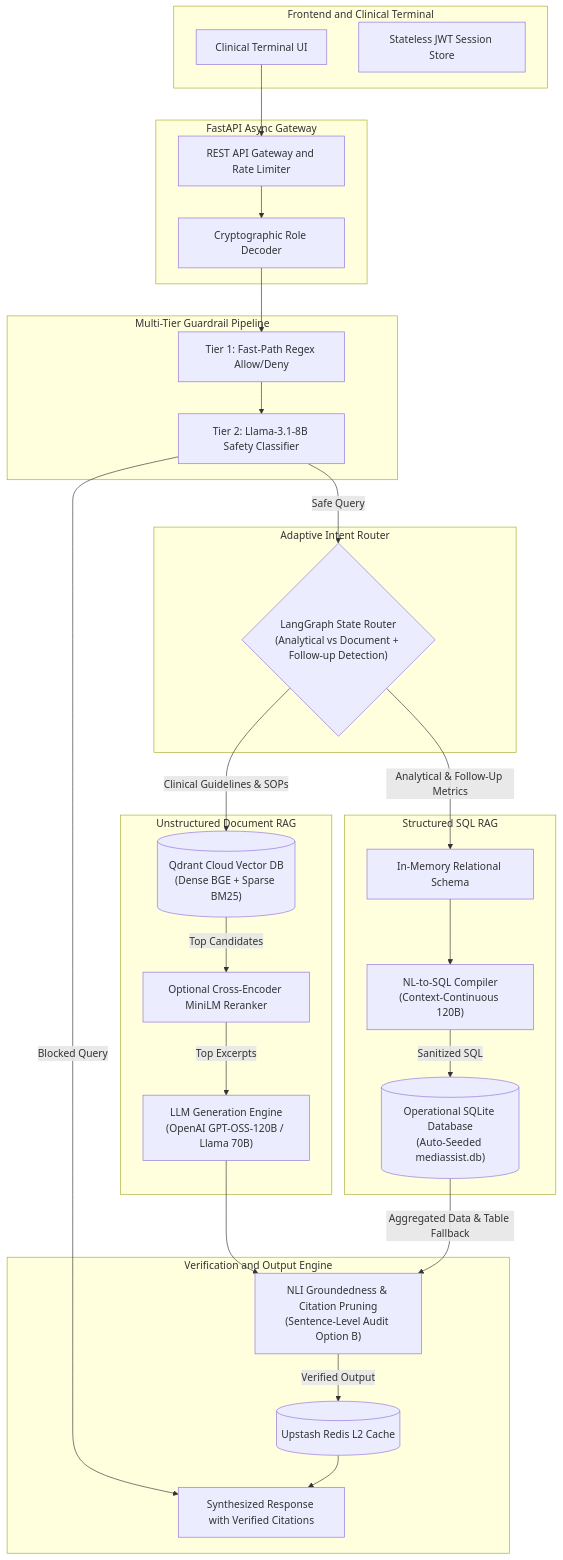
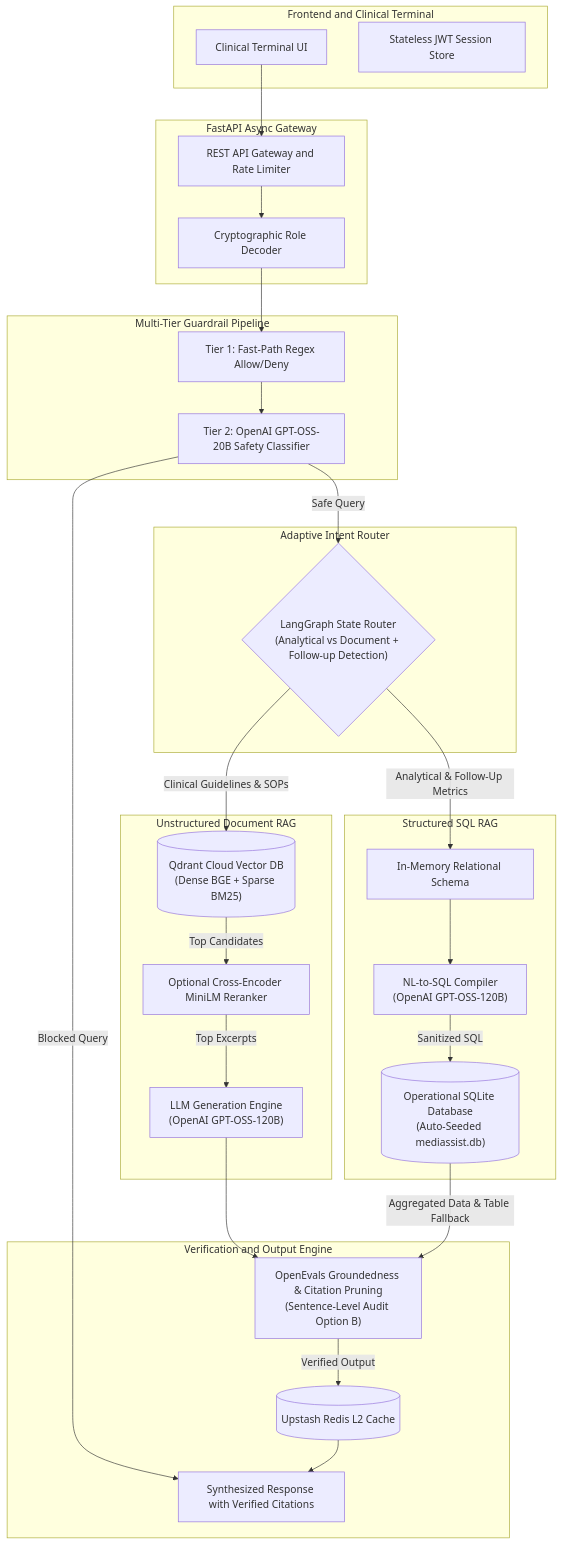
The first of 7 diagrams in README.md (barbadikaramey-cloud/Mediboat), drawn with Mermaid before and after one commit. The commit also changed other lines of this file and 3 other files, not shown here.

Commit message:
docs: align model names across Mermaid diagrams, frontend UI, and docstrings with OpenAI GPT-OSS models

````diff
--- a/README.md
+++ b/README.md
@@ -41,59 +41,59 @@
 ```mermaid
 flowchart TD
     subgraph ClientLayer["Frontend and Clinical Terminal"]
         UI["Clinical Terminal UI"]
         AUTH["Stateless JWT Session Store"]
     end
 
     subgraph APIGateway["FastAPI Async Gateway"]
         GW["REST API Gateway and Rate Limiter"]
         JWT["Cryptographic Role Decoder"]
     end
 
     subgraph Guardrails["Multi-Tier Guardrail Pipeline"]
         IG["Tier 1: Fast-Path Regex Allow/Deny"]
-        CL["Tier 2: Llama-3.1-8B Safety Classifier"]
+        CL["Tier 2: OpenAI GPT-OSS-20B Safety Classifier"]
     end
 
     subgraph RouterEngine["Adaptive Intent Router"]
         ROUTER{"LangGraph State Router<br/>(Analytical vs Document + Follow-up Detection)"}
     end
 
     subgraph RetrievalEngine["Unstructured Document RAG"]
         QDRANT[("Qdrant Cloud Vector DB<br/>(Dense BGE + Sparse BM25)")]
         CE["Optional Cross-Encoder MiniLM Reranker"]
-        DOC_LLM["LLM Generation Engine<br/>(OpenAI GPT-OSS-120B / Llama 70B)"]
+        DOC_LLM["LLM Generation Engine<br/>(OpenAI GPT-OSS-120B)"]
     end
 
     subgraph AnalyticalEngine["Structured SQL RAG"]
         SCHEMA["In-Memory Relational Schema"]
-        SQL_GEN["NL-to-SQL Compiler<br/>(Context-Continuous 120B)"]
+        SQL_GEN["NL-to-SQL Compiler<br/>(OpenAI GPT-OSS-120B)"]
         SQLITE[("Operational SQLite Database<br/>(Auto-Seeded mediassist.db)")]
     end
 
     subgraph VerificationEngine["Verification and Output Engine"]
-        OG["NLI Groundedness & Citation Pruning<br/>(Sentence-Level Audit Option B)"]
+        OG["OpenEvals Groundedness & Citation Pruning<br/>(Sentence-Level Audit Option B)"]
         CACHE[("Upstash Redis L2 Cache")]
         OUT["Synthesized Response with Verified Citations"]
     end
 
     UI --> GW
     GW --> JWT
     JWT --> IG
     IG --> CL
     CL -->|Safe Query| ROUTER
     CL -->|Blocked Query| OUT
 
     ROUTER -->|Clinical Guidelines & SOPs| QDRANT
     QDRANT -->|Top Candidates| CE
     CE -->|Top Excerpts| DOC_LLM
     DOC_LLM --> OG
 
     ROUTER -->|Analytical & Follow-Up Metrics| SCHEMA
     SCHEMA --> SQL_GEN
     SQL_GEN -->|Sanitized SQL| SQLITE
     SQLITE -->|Aggregated Data & Table Fallback| OG
 
     OG -->|Verified Output| CACHE
     CACHE --> OUT
 ```
````
